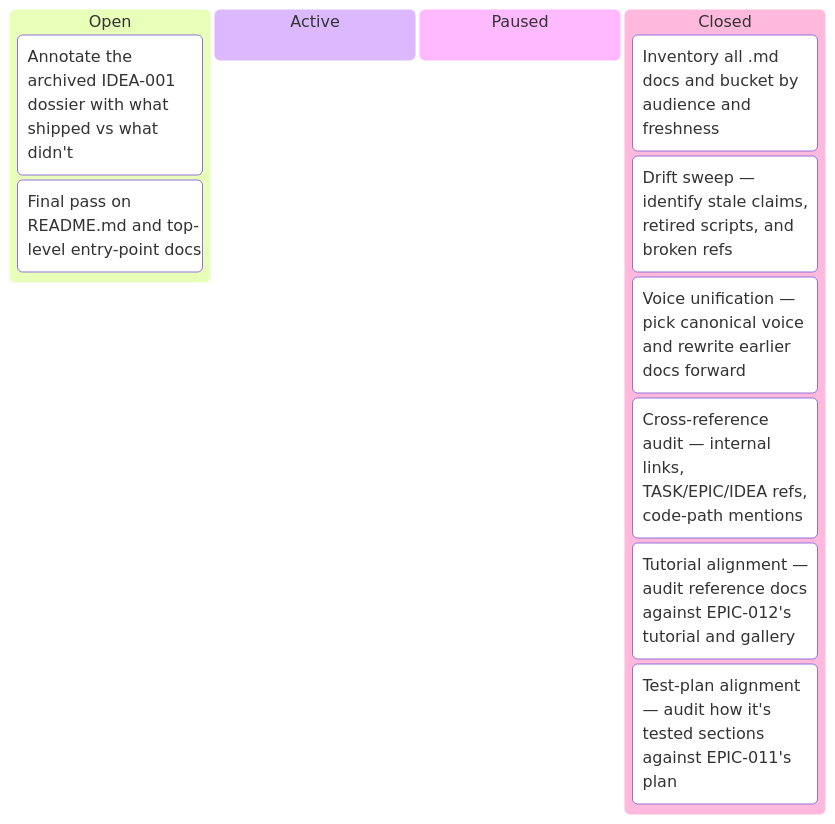
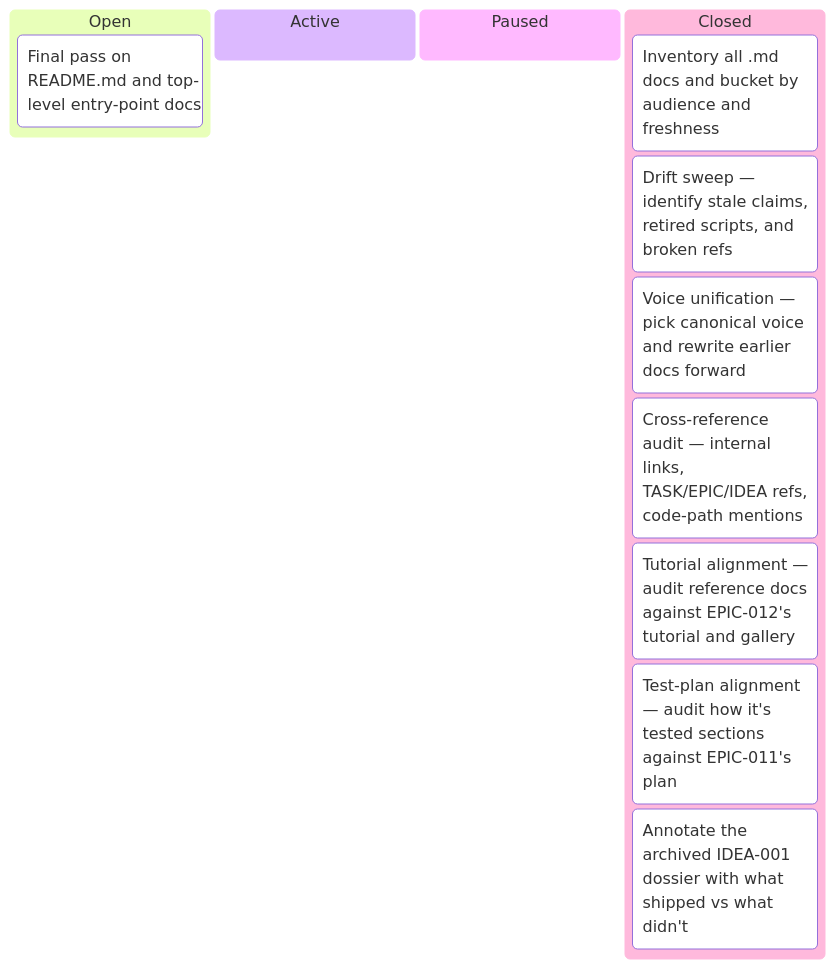
One commit to tgd1975/CircuitSmith changed the second of 3 diagrams in docs/developers/tasks/KANBAN.md. Above: the diagram before and after it, drawn with Mermaid. The commit also changed other lines of this file and 14 other files, not shown here.

First line of the commit message:
close TASK-108: annotate the IDEA-001 dossier with what shipped

````diff
--- a/docs/developers/tasks/KANBAN.md
+++ b/docs/developers/tasks/KANBAN.md
@@ -33,15 +33,15 @@
 ```mermaid
 kanban
   Open
-    TASK_108["Annotate the archived IDEA-001 dossier with what shipped vs what didn't"]
     TASK_109["Final pass on README.md and top-level entry-point docs"]
   Active
   Paused
   Closed
     TASK_102["Inventory all .md docs and bucket by audience and freshness"]
     TASK_103["Drift sweep — identify stale claims, retired scripts, and broken refs"]
     TASK_104["Voice unification — pick canonical voice and rewrite earlier docs forward"]
     TASK_105["Cross-reference audit — internal links, TASK/EPIC/IDEA refs, code-path mentions"]
     TASK_106["Tutorial alignment — audit reference docs against EPIC-012's tutorial and gallery"]
     TASK_107["Test-plan alignment — audit how it's tested sections against EPIC-011's plan"]
+    TASK_108["Annotate the archived IDEA-001 dossier with what shipped vs what didn't"]
 ```
````
